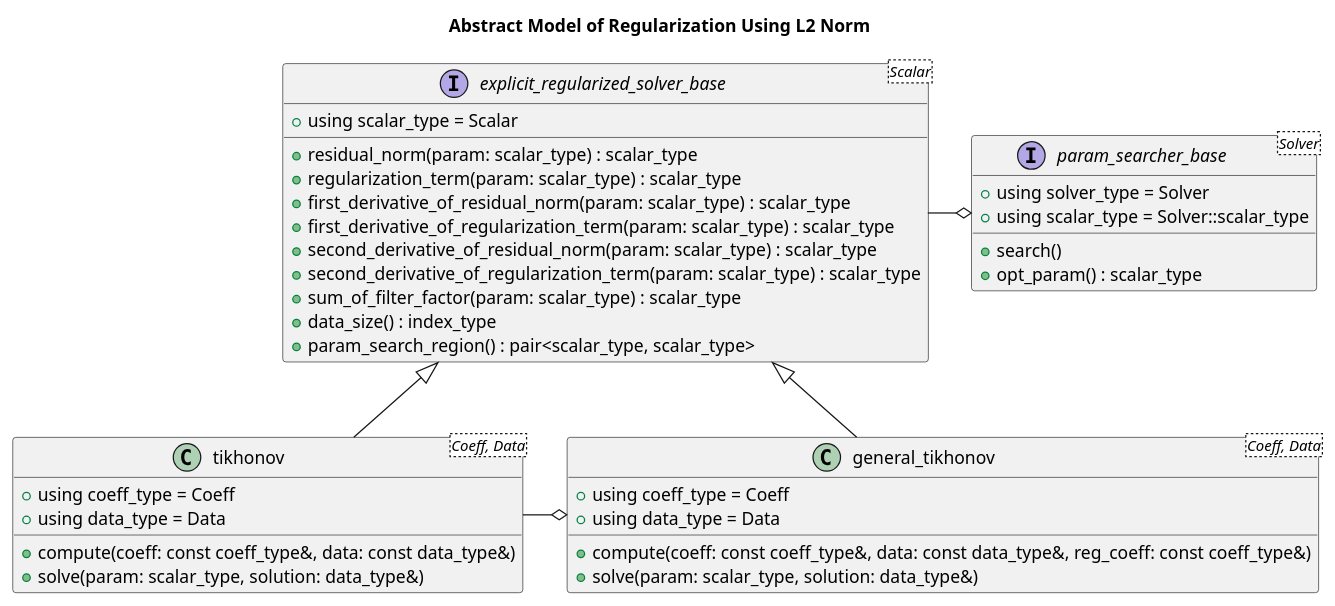
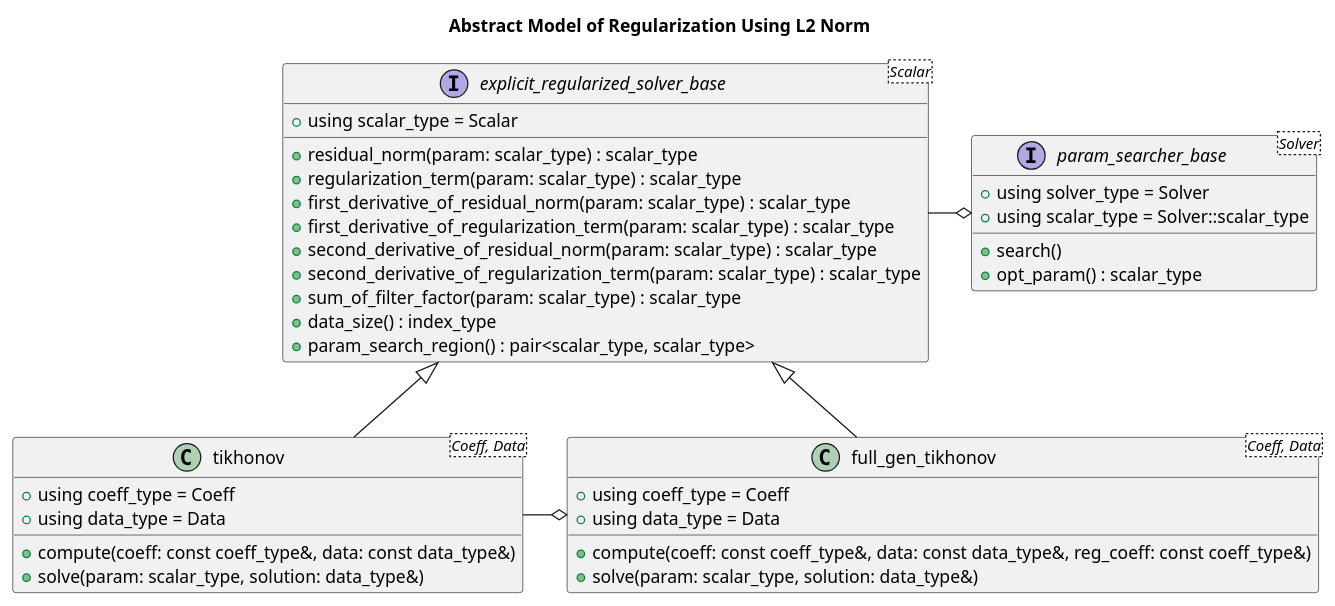
Before and after one commit to MusicScience37/numerical-collection-cpp: the diagram in doc/sphinx/src/basic_design/regularization.rst, drawn with PlantUML. The commit also changed 7 other files, not shown here.

Commit message:
feat: implement full_gen_tikhonov class

```diff
--- a/doc/sphinx/src/basic_design/regularization.rst
+++ b/doc/sphinx/src/basic_design/regularization.rst
@@ -7,41 +7,41 @@
 .. uml::
 
     title Abstract Model of Regularization Using L2 Norm
 
     interface explicit_regularized_solver_base<Scalar> {
         + using scalar_type = Scalar
         + residual_norm(param: scalar_type) : scalar_type
         + regularization_term(param: scalar_type) : scalar_type
         + first_derivative_of_residual_norm(param: scalar_type) : scalar_type
         + first_derivative_of_regularization_term(param: scalar_type) : scalar_type
         + second_derivative_of_residual_norm(param: scalar_type) : scalar_type
         + second_derivative_of_regularization_term(param: scalar_type) : scalar_type
         + sum_of_filter_factor(param: scalar_type) : scalar_type
         + data_size() : index_type
         + param_search_region() : pair<scalar_type, scalar_type>
     }
 
     class tikhonov<Coeff, Data> {
         + using coeff_type = Coeff
         + using data_type = Data
         + compute(coeff: const coeff_type&, data: const data_type&)
         + solve(param: scalar_type, solution: data_type&)
     }
     explicit_regularized_solver_base <|-- tikhonov
 
-    class general_tikhonov<Coeff, Data> {
+    class full_gen_tikhonov<Coeff, Data> {
         + using coeff_type = Coeff
         + using data_type = Data
         + compute(coeff: const coeff_type&, data: const data_type&, reg_coeff: const coeff_type&)
         + solve(param: scalar_type, solution: data_type&)
     }
-    explicit_regularized_solver_base <|-- general_tikhonov
-    general_tikhonov o-left- tikhonov
+    explicit_regularized_solver_base <|-- full_gen_tikhonov
+    full_gen_tikhonov o-left- tikhonov
 
     interface param_searcher_base<Solver> {
         + using solver_type = Solver
         + using scalar_type = Solver::scalar_type
         + search()
         + opt_param() : scalar_type
     }
     param_searcher_base o-left- explicit_regularized_solver_base
```
